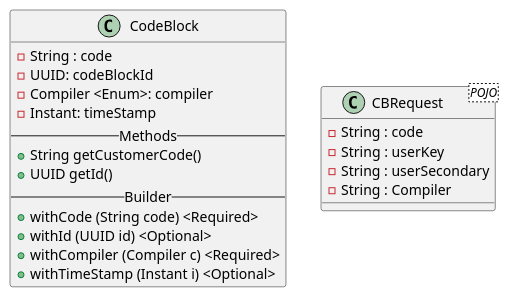
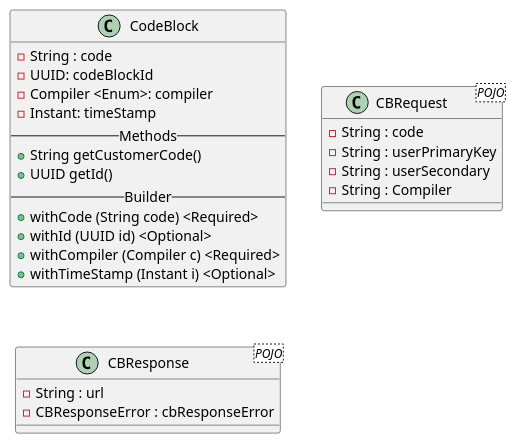
Before and after one commit to yilmazerd/simplerest01: the diagram in src/main/java/design/CodeBlockObjects.puml, drawn with PlantUML. The commit also changed 16 other files, not shown here.

```diff
--- a/src/main/java/design/CodeBlockObjects.puml
+++ b/src/main/java/design/CodeBlockObjects.puml
@@ -1,27 +1,35 @@
 @startuml
 
 class CodeBlock {
   - String : code
   - UUID: codeBlockId
   - Compiler <Enum>: compiler
   - Instant: timeStamp
   -- Methods --
   + String getCustomerCode()
   + UUID getId()
   -- Builder --
   + withCode (String code) <Required>
   + withId (UUID id) <Optional>
   + withCompiler (Compiler c) <Required>
   + withTimeStamp (Instant i) <Optional>
 }
 
 
 class CBRequest <POJO> {
   - String : code
-  - String : userKey
+  - String : userPrimaryKey
   - String : userSecondary
   - String : Compiler
 }
 
 
+class CBResponse <POJO> {
+  - String : url
+  - CBResponseError : cbResponseError
+}
+
+
+
+
 @enduml
```
